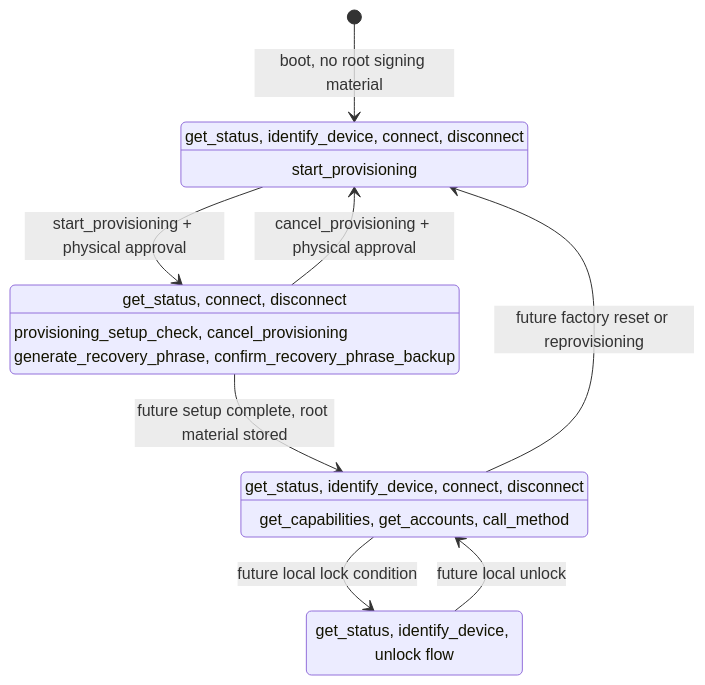
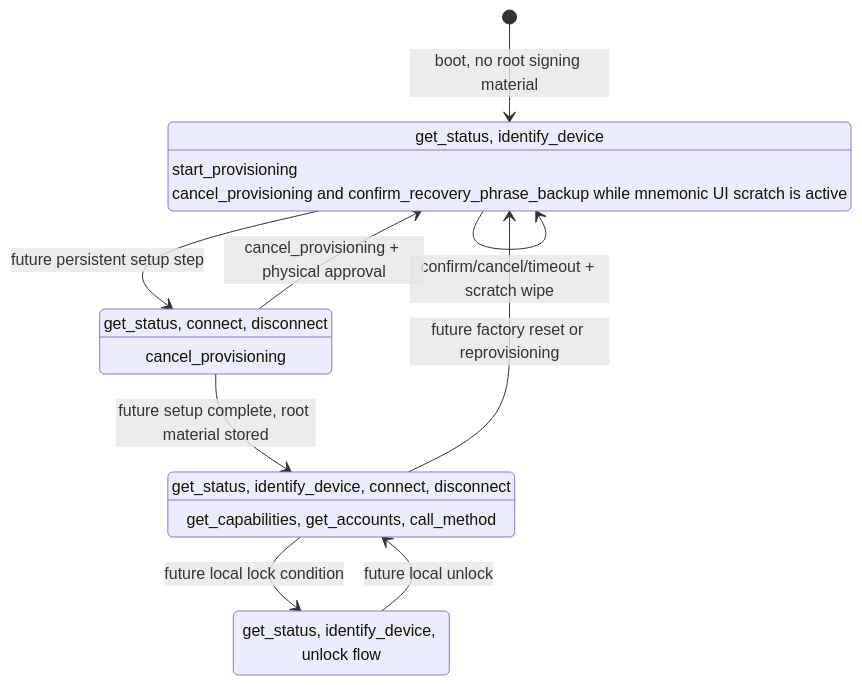
The first of 2 diagrams in docs/STATE_MODEL.md (stelis-dev/agent-q), drawn with Mermaid before and after one commit. The commit also changed other lines of this file and 13 other files, not shown here.

Commit message:
Add mnemonic setup UI flow

````diff
--- a/docs/STATE_MODEL.md
+++ b/docs/STATE_MODEL.md
@@ -33,19 +33,21 @@
 ```mermaid
 stateDiagram-v2
     [*] --> Unprovisioned: boot, no root signing material
-    Unprovisioned --> Provisioning: start_provisioning + physical approval
+    Unprovisioned --> Unprovisioned: start_provisioning + phrase display
+    Unprovisioned --> Unprovisioned: confirm/cancel/timeout + scratch wipe
+    Unprovisioned --> Provisioning: future persistent setup step
     Provisioning --> Unprovisioned: cancel_provisioning + physical approval
     Provisioning --> Provisioned: future setup complete, root material stored
     Provisioned --> Locked: future local lock condition
     Locked --> Provisioned: future local unlock
     Provisioned --> Unprovisioned: future factory reset or reprovisioning
 
-    Unprovisioned: get_status, identify_device, connect, disconnect
+    Unprovisioned: get_status, identify_device
     Unprovisioned: start_provisioning
+    Unprovisioned: cancel_provisioning and confirm_recovery_phrase_backup while mnemonic UI scratch is active
     Provisioning: get_status, connect, disconnect
-    Provisioning: provisioning_setup_check, cancel_provisioning
-    Provisioning: generate_recovery_phrase, confirm_recovery_phrase_backup
+    Provisioning: cancel_provisioning
     Provisioned: get_status, identify_device, connect, disconnect
     Provisioned: get_capabilities, get_accounts, call_method
     Locked: get_status, identify_device, unlock flow
 ```
````
